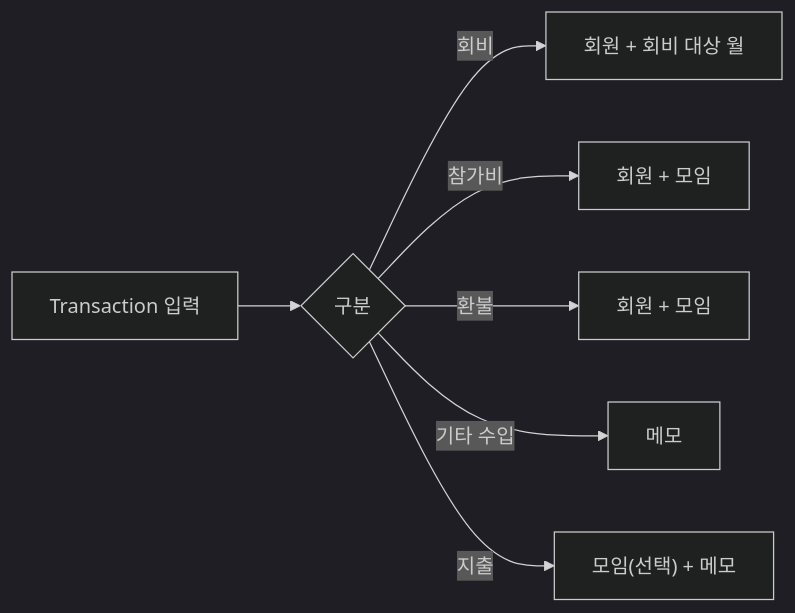
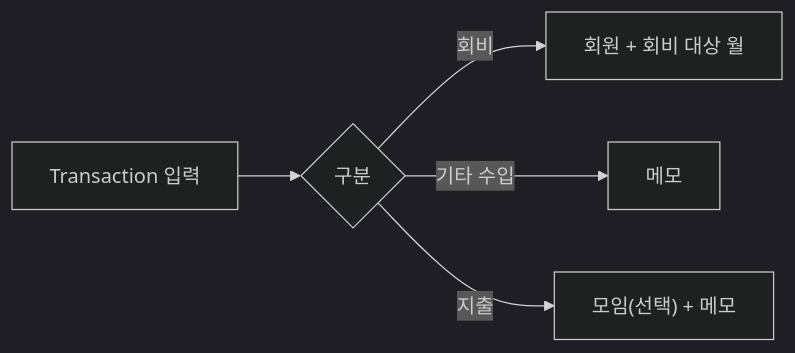
Before and after one commit to keepmind7/AI_Club_Web: the eighth of 14 diagrams in 동작 흐름.md, drawn with Mermaid (dark theme). The commit also changed other lines of this file and 33 other files, not shown here.

````diff
--- a/동작 흐름.md
+++ b/동작 흐름.md
@@ -152,9 +144,7 @@
 ```mermaid
 flowchart LR
     T["Transaction 입력"] --> K{"구분"}
     K -- 회비 --> D["회원 + 회비 대상 월"]
-    K -- 참가비 --> E["회원 + 모임"]
-    K -- 환불 --> R["회원 + 모임"]
     K -- 기타 수입 --> O["메모"]
     K -- 지출 --> X["모임(선택) + 메모"]
 ```
````
